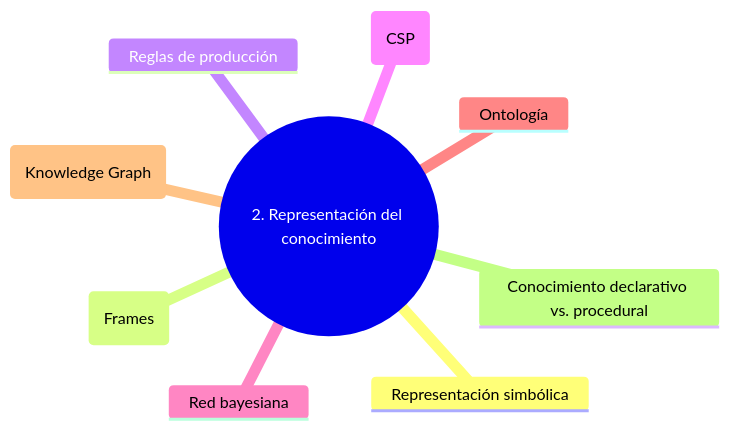
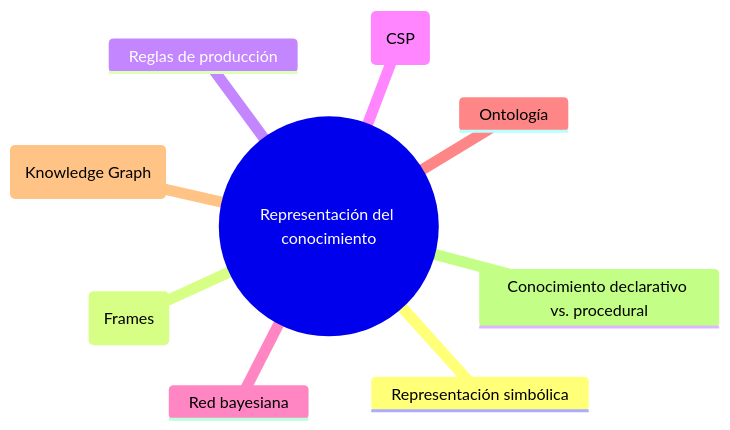
The second of 17 diagrams in src/src/data/blog/2026/05/es/glosario-razonamiento-planificacion.mdx (rgglez/rgglez-website), drawn with Mermaid before and after one commit. The commit also changed other lines of this file and 42 other files, not shown here.

````diff
--- a/src/src/data/blog/2026/05/es/glosario-razonamiento-planificacion.mdx
+++ b/src/src/data/blog/2026/05/es/glosario-razonamiento-planificacion.mdx
@@ -312,12 +314,12 @@
 ```mermaid
 mindmap
-  root((2. Representación del conocimiento))
+  root(("Representación del conocimiento"))
     Representación simbólica
     Marcos (Frames)
     Reglas de producción
     Restricciones (CSP)
     Red bayesiana
     Ontología
     Grafo de conocimiento (Knowledge Graph)
     Conocimiento declarativo vs. procedural
 ```
````
